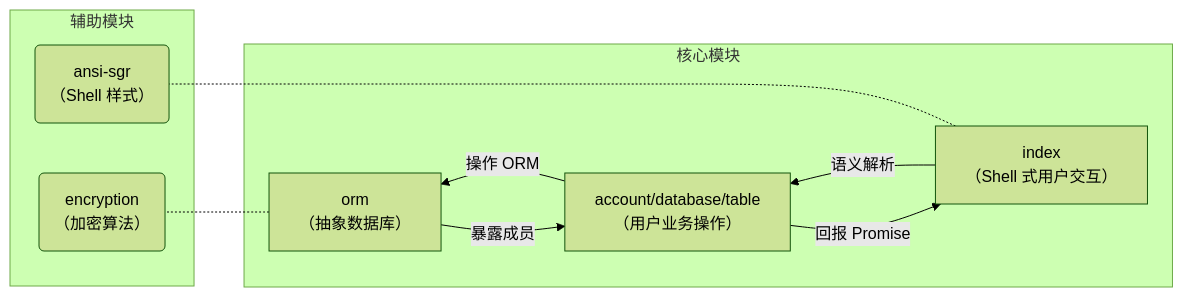
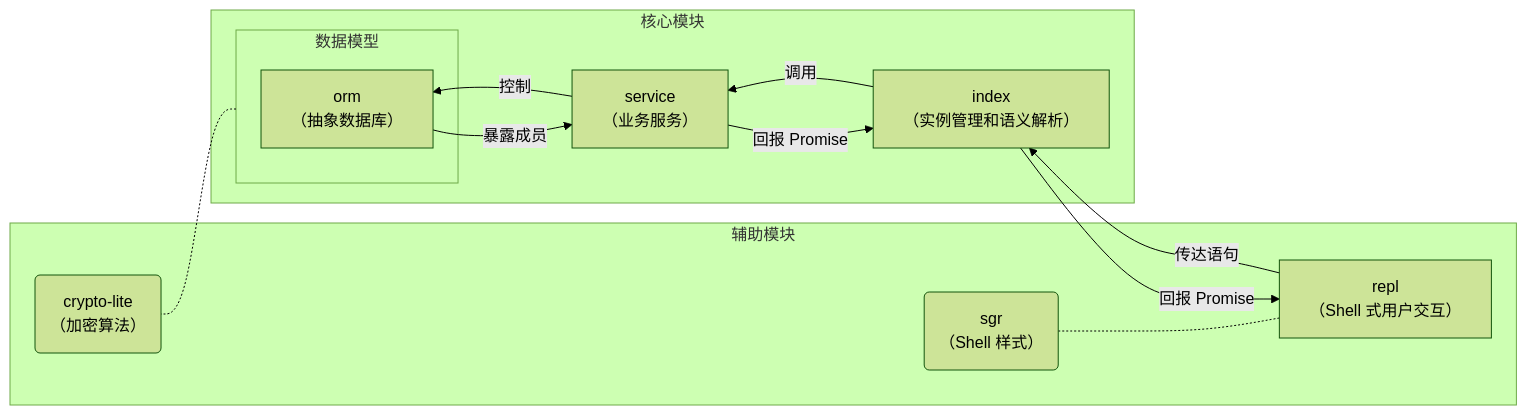
One commit to penyoofficial/e-museum changed the diagram in README.md. Above: the diagram before and after it, drawn with Mermaid (forest theme). The commit also changed other lines of this file and 16 other files, not shown here.

````diff
--- a/README.md
+++ b/README.md
@@ -39,11 +55,18 @@
 ```mermaid
 flowchart RL
+    subgraph 辅助模块
+        repl["repl\n（Shell 式用户交互）"]
+        sgr("sgr\n（Shell 样式）")
+        crypto-lite("crypto-lite\n（加密算法）")
+    end
     subgraph 核心模块
-        index["index\n（Shell 式用户交互）"] -- 语义解析 --> uop["account/database/table\n（用户业务操作）"] -- 操作 ORM --> orm["orm\n（抽象数据库）"]
-        orm -- 暴露成员 --> uop -- 回报 Promise --> index
+        index["index\n（实例管理和语义解析）"]
+        service["service\n（业务服务）"]
+        subgraph 数据模型
+            orm["orm\n（抽象数据库）"]
+        end
     end
-    subgraph 辅助模块
-        index -.- ansi-sgr("ansi-sgr\n（Shell 样式）")
-        orm -.- encryption("encryption\n（加密算法）")
-    end
+    repl -- 传达语句 --> index -- 调用 --> service -- 控制 --> orm -- 暴露成员 --> service -- 回报 Promise --> index -- 回报 Promise --> repl
+    repl -.- sgr
+    数据模型 -.- crypto-lite
 ```
````
